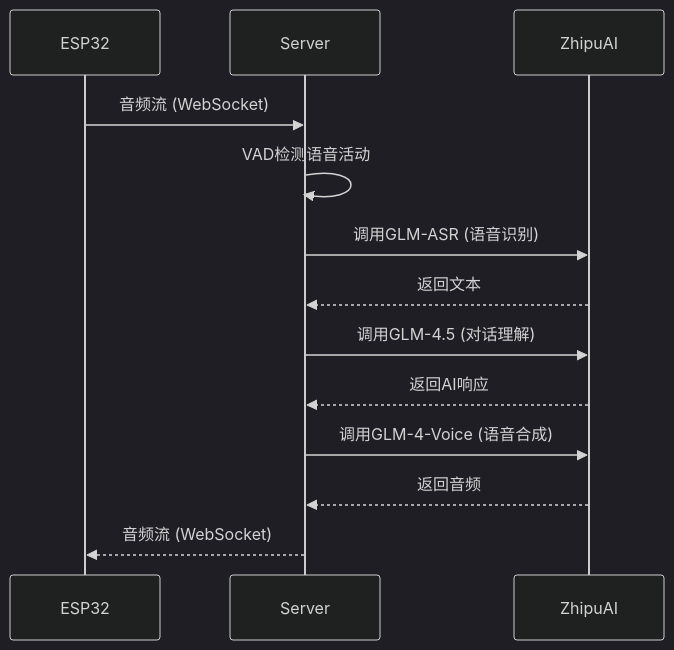
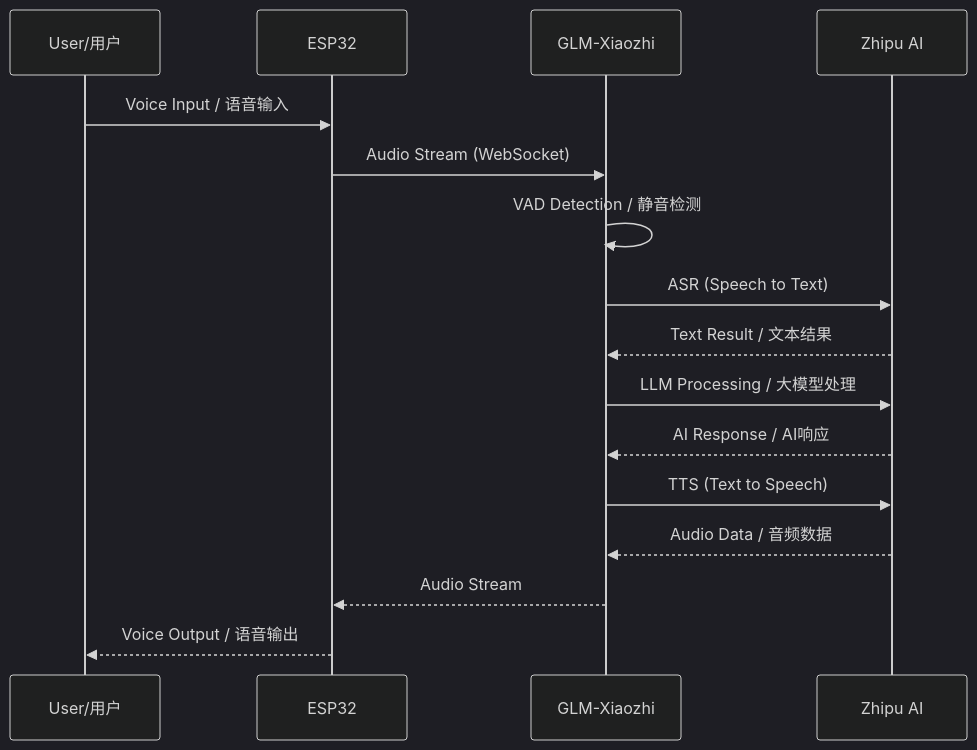
Before and after one commit to zshi719/GLM-Xiaozhi: the second of 3 diagrams in README.md, drawn with Mermaid (dark theme). The commit also changed other lines of this file, not shown here.

````diff
--- a/README.md
+++ b/README.md
@@ -214,16 +91,19 @@
 ```mermaid
 sequenceDiagram
+    participant User as User/用户
     participant ESP32
-    participant Server
-    participant ZhipuAI
-    
-    ESP32->>Server: 音频流 (WebSocket)
-    Server->>Server: VAD检测语音活动
-    Server->>ZhipuAI: 调用GLM-ASR (语音识别)
-    ZhipuAI-->>Server: 返回文本
-    Server->>ZhipuAI: 调用GLM-4.5 (对话理解)
-    ZhipuAI-->>Server: 返回AI响应
-    Server->>ZhipuAI: 调用GLM-4-Voice (语音合成)
-    ZhipuAI-->>Server: 返回音频
-    Server-->>ESP32: 音频流 (WebSocket)
+    participant Server as GLM-Xiaozhi
+    participant ZhipuAI as Zhipu AI
+
+    User->>ESP32: Voice Input / 语音输入
+    ESP32->>Server: Audio Stream (WebSocket)
+    Server->>Server: VAD Detection / 静音检测
+    Server->>ZhipuAI: ASR (Speech to Text)
+    ZhipuAI-->>Server: Text Result / 文本结果
+    Server->>ZhipuAI: LLM Processing / 大模型处理
+    ZhipuAI-->>Server: AI Response / AI响应
+    Server->>ZhipuAI: TTS (Text to Speech)
+    ZhipuAI-->>Server: Audio Data / 音频数据
+    Server-->>ESP32: Audio Stream
+    ESP32-->>User: Voice Output / 语音输出
 ```
````
